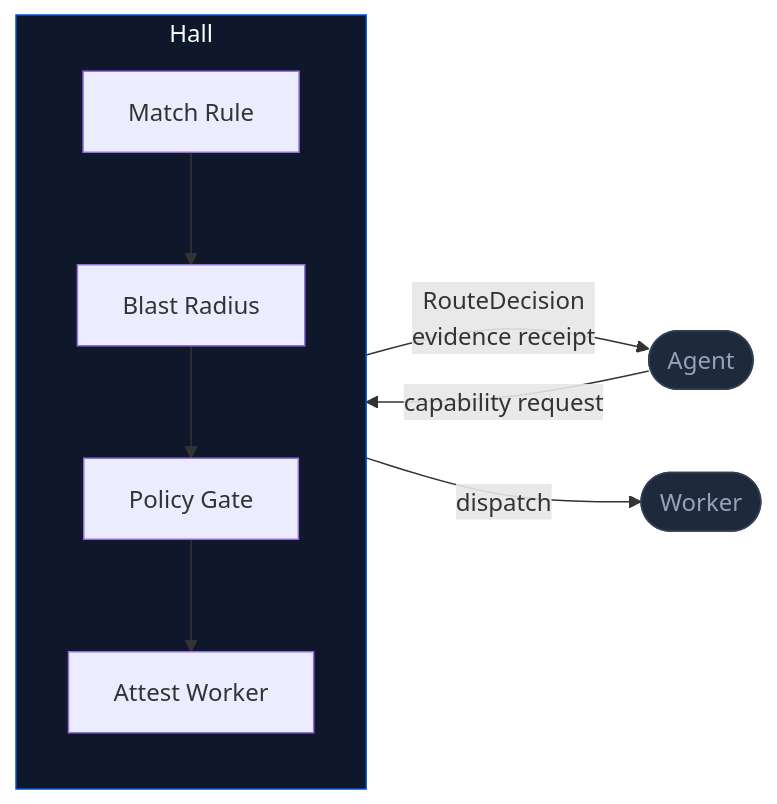
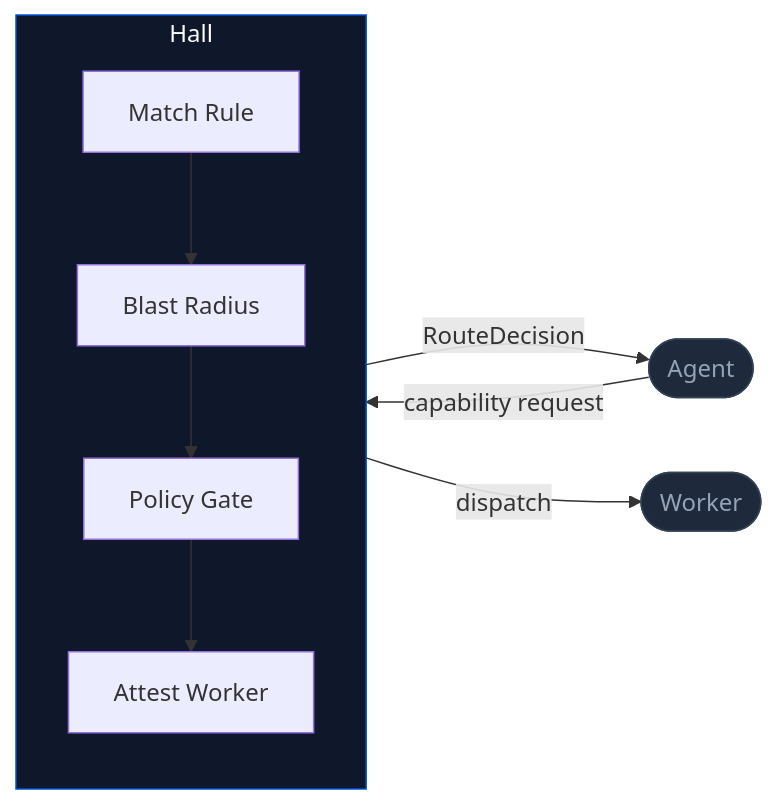
One commit to pyhall/.github changed the diagram in profile/README.md. Above: the diagram before and after it, drawn with Mermaid.

Commit message:
fix: clean up Mermaid edge label

````diff
--- a/profile/README.md
+++ b/profile/README.md
@@ -30,18 +30,18 @@
 ```mermaid
 flowchart LR
     A([Agent]) -- capability request --> H
 
     subgraph H ["  Hall  "]
         direction TB
         B[Match Rule] --> C[Blast Radius]
         C --> D[Policy Gate]
         D --> E[Attest Worker]
     end
 
-    H -- RouteDecision\nevidence receipt --> A
+    H -- RouteDecision --> A
     H -- dispatch --> W([Worker])
 
     style H fill:#0f172a,stroke:#0050D4,color:#fff
     style A fill:#1e293b,stroke:#334155,color:#94a3b8
     style W fill:#1e293b,stroke:#334155,color:#94a3b8
 ```
````
